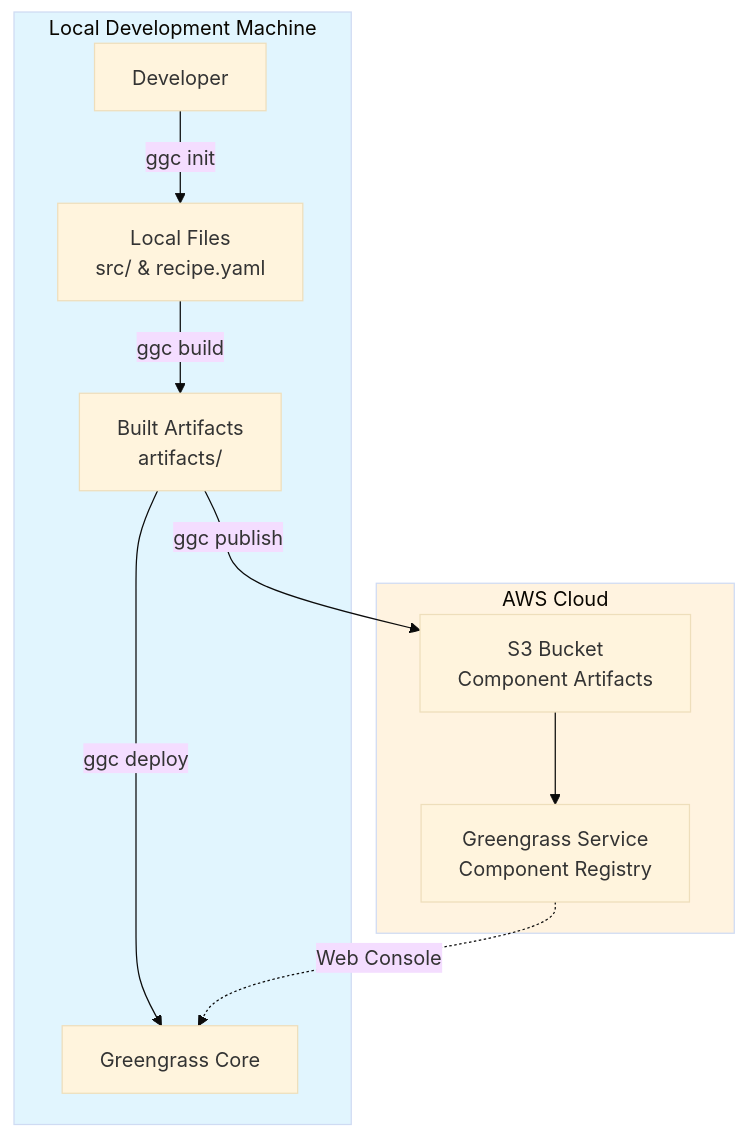
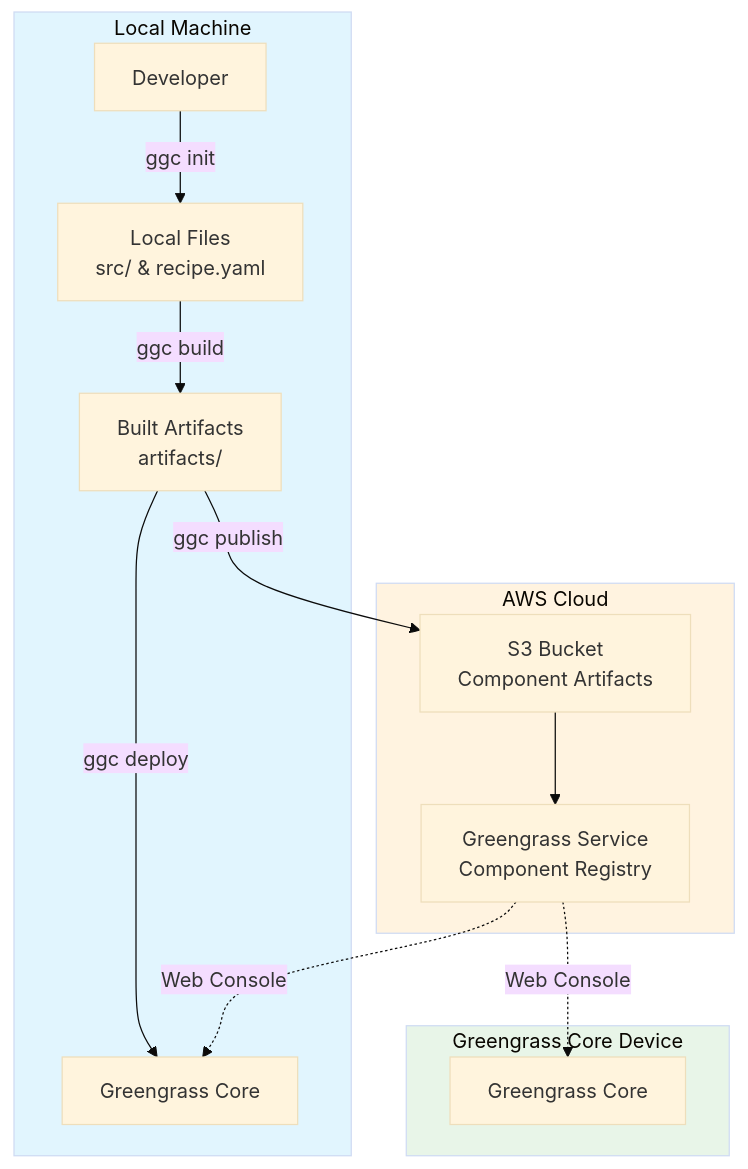
One commit to narutaro/ggc changed the diagram in readme.md. Above: the diagram before and after it, drawn with Mermaid (base theme).

````diff
--- a/readme.md
+++ b/readme.md
@@ -150,30 +150,37 @@
 ```mermaid
 graph TB
-    subgraph LM ["Local Development Machine"]
+    subgraph LM ["Local Machine"]
         DEV[Developer]
         FILES["Local Files<br/>src/ & recipe.yaml"]
         ARTIFACTS["Built Artifacts<br/>artifacts/"]
         DEVICE["Greengrass Core"]
     end
     
     subgraph AC ["AWS Cloud"]
         S3["S3 Bucket<br/>Component Artifacts"]
         GG["Greengrass Service<br/>Component Registry"]
     end
     
+    subgraph GCD ["Greengrass Core Device"]
+        DEVICE2["Greengrass Core"]
+    end
+    
     DEV -->|ggc init| FILES
     FILES -->|ggc build| ARTIFACTS
     
     ARTIFACTS -->|ggc publish| S3
     S3 --> GG
     
     ARTIFACTS -->|ggc deploy| DEVICE
     
     GG -.->|Web Console| DEVICE
+    GG -.->|Web Console| DEVICE2
     
     classDef localMachine fill:#e1f5fe
     classDef awsCloud fill:#fff3e0
+    classDef greengrassDevice fill:#e8f5e8
     
     class LM localMachine
     class AC awsCloud
+    class GCD greengrassDevice
 ```
````
